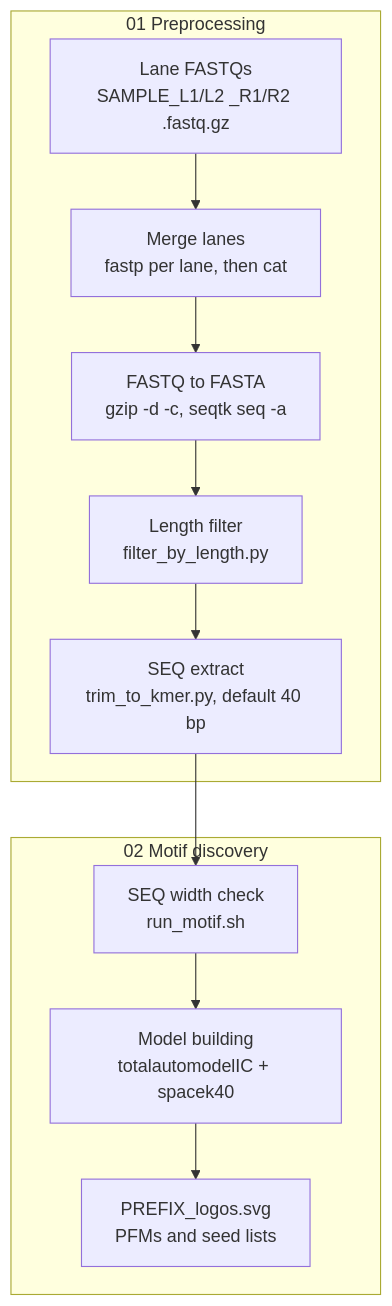
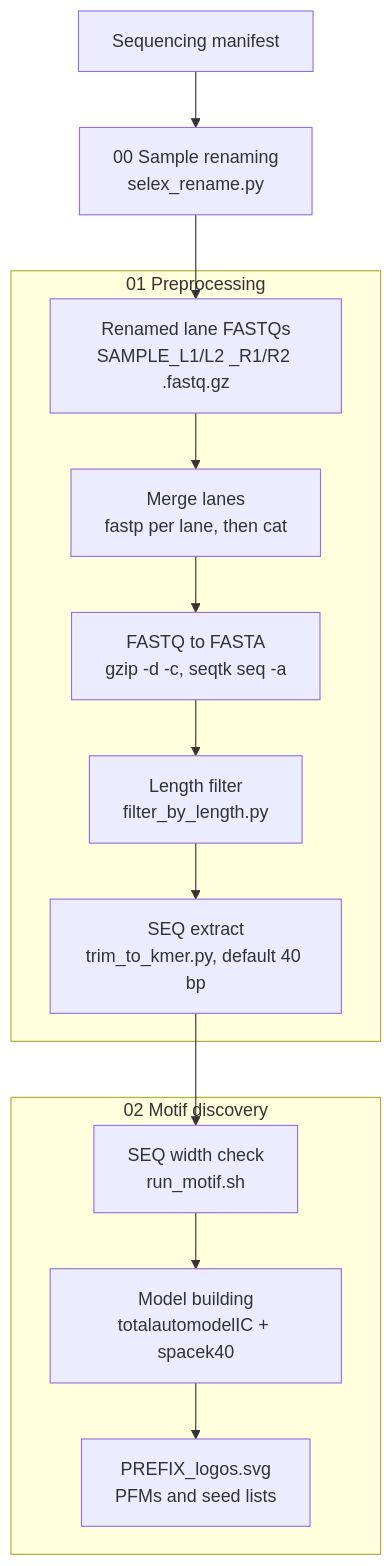
Before and after one commit to double2strand/SELEXpipe: the diagram in README.md, drawn with Mermaid. The commit also changed other lines of this file and 12 other files, not shown here.

First line of the commit message:
Add sample renaming before preprocessing.

````diff
--- a/README.md
+++ b/README.md
@@ -18,18 +19,21 @@
 ```mermaid
 flowchart TD
+  manifest["Sequencing manifest"]
+  rename["00 Sample renaming<br/>selex_rename.py"]
   subgraph pre ["01 Preprocessing"]
-    raw["Lane FASTQs<br/>SAMPLE_L1/L2 _R1/R2 .fastq.gz"]
+    raw["Renamed lane FASTQs<br/>SAMPLE_L1/L2 _R1/R2 .fastq.gz"]
     merge["Merge lanes<br/>fastp per lane, then cat"]
     fasta["FASTQ to FASTA<br/>gzip -d -c, seqtk seq -a"]
     filt["Length filter<br/>filter_by_length.py"]
     kmer["SEQ extract<br/>trim_to_kmer.py, default 40 bp"]
     raw --> merge --> fasta --> filt --> kmer
   end
   subgraph mot ["02 Motif discovery"]
     check["SEQ width check<br/>run_motif.sh"]
     model["Model building<br/>totalautomodelIC + spacek40"]
     logos["PREFIX_logos.svg<br/>PFMs and seed lists"]
     check --> model --> logos
   end
+  manifest --> rename --> raw
   kmer --> check
 ```
````
